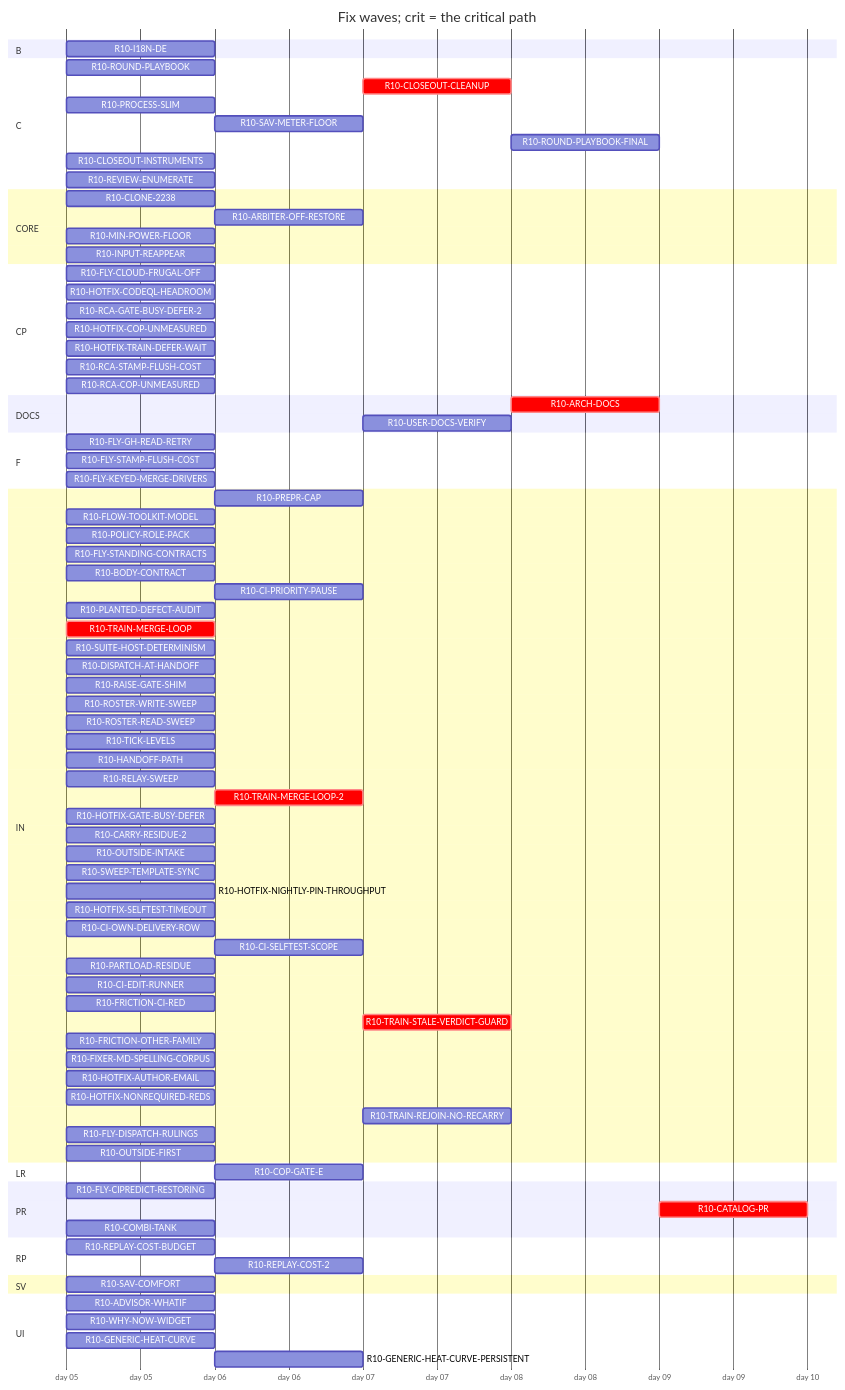
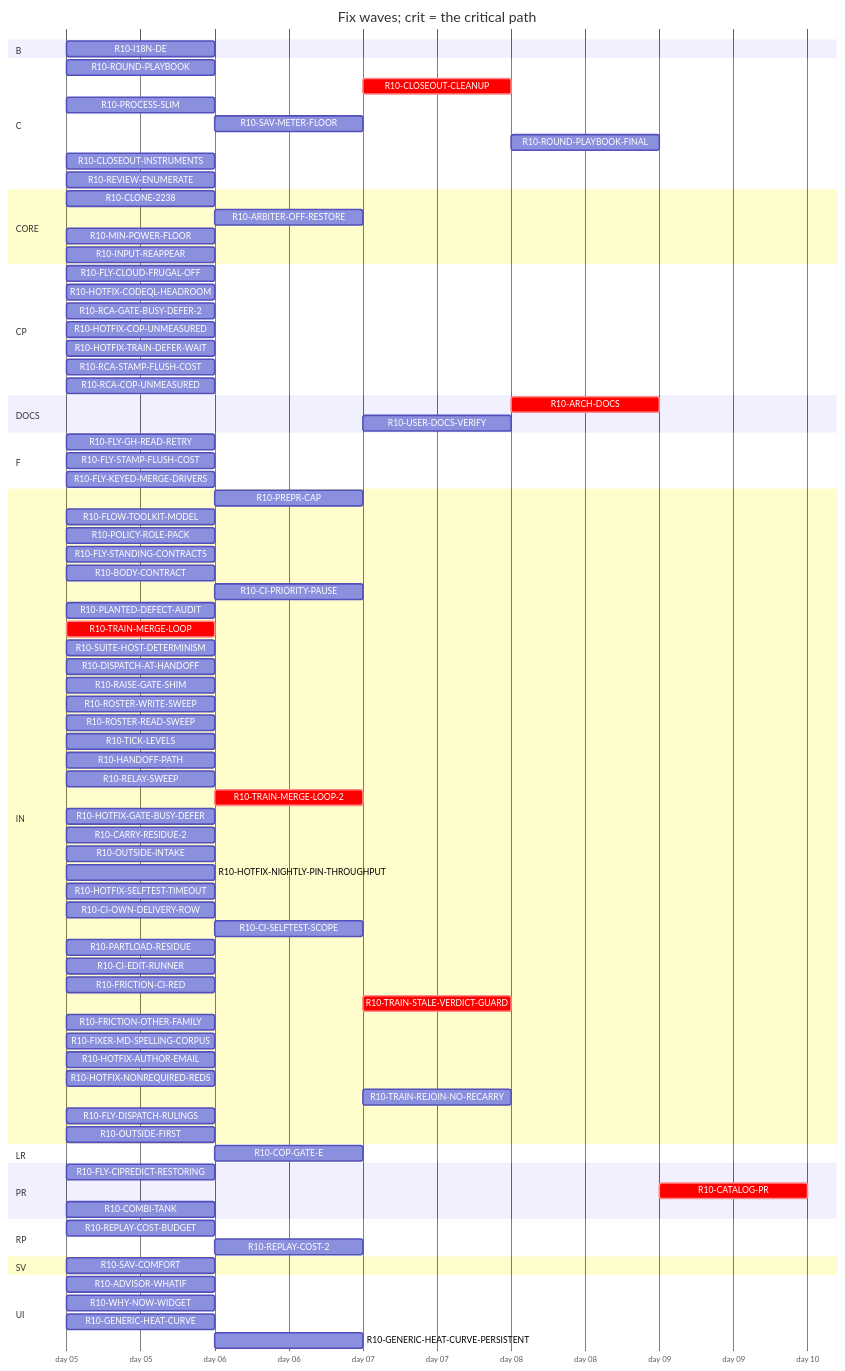
Before and after one commit to tvofi/heatpump_optimizer: the diagram in handoff/round10/state/PLAN-TABLE.md, drawn with Mermaid. The commit also changed other lines of this file and 3 other files, not shown here.

Commit message:
state: FLOW-BOARD.md, NEXT-SESSION-PROMPT.md, PLAN-TABLE.md, RESUME-CURRENT.md regenerated (state_docs.py)

```diff
--- a/handoff/round10/state/PLAN-TABLE.md
+++ b/handoff/round10/state/PLAN-TABLE.md
@@ -34,7 +34,7 @@
     R10-CLOSEOUT-CLEANUP :crit, r10CLOSEOUTCLEANUP, after r10ARCHDOCS r10USERDOCSVERIFY r10ROUNDPLAYBOOKFINAL r10CLOSEOUTINSTRUMENTS r10RCAGATEBUSYDEFER2 r10RCASTAMPFLUSHCOST r10RCACOPUNMEASURED r10FRICTIONCIRED r10FRICTIONOTHERFAMILY, 1d
     R10-PROCESS-SLIM :r10PROCESSSLIM, 2026-01-05, 1d
     R10-SAV-METER-FLOOR :r10SAVMETERFLOOR, after r10SAVCOMFORT, 1d
-    R10-ROUND-PLAYBOOK-FINAL :r10ROUNDPLAYBOOKFINAL, after r10PREPRCAP r10HANDOFFPATH r10RELAYSWEEP r10TRAINMERGELOOP r10DISPATCHATHANDOFF r10BODYCONTRACT r10TICKLEVELS r10CIPRIORITYPAUSE r10ROSTERWRITESWEEP r10ROSTERREADSWEEP r10FLYSTANDINGCONTRACTS r10POLICYROLEPACK r10FLOWTOOLKITMODEL r10FLYCIPREDICTRESTORING r10RAISEGATESHIM r10PLANTEDDEFECTAUDIT r10FLYGHREADRETRY r10SUITEHOSTDETERMINISM r10ROUNDPLAYBOOK r10PROCESSSLIM r10TRAINMERGELOOP2 r10HOTFIXGATEBUSYDEFER r10CARRYRESIDUE2 r10REPLAYCOST2 r10HOTFIXCODEQLHEADROOM r10OUTSIDEINTAKE r10SWEEPTEMPLATESYNC r10HOTFIXNIGHTLYPINTHROUGHPUT r10HOTFIXSELFTESTTIMEOUT r10FLYSTAMPFLUSHCOST r10HOTFIXTRAINDEFERWAIT r10CIOWNDELIVERYROW r10CISELFTESTSCOPE r10CIEDITRUNNER r10TRAINSTALEVERDICTGUARD r10CLOSEOUTINSTRUMENTS r10FRICTIONCIRED r10FRICTIONOTHERFAMILY r10FIXERMDSPELLINGCORPUS, 1d
+    R10-ROUND-PLAYBOOK-FINAL :r10ROUNDPLAYBOOKFINAL, after r10PREPRCAP r10HANDOFFPATH r10RELAYSWEEP r10TRAINMERGELOOP r10DISPATCHATHANDOFF r10BODYCONTRACT r10TICKLEVELS r10CIPRIORITYPAUSE r10ROSTERWRITESWEEP r10ROSTERREADSWEEP r10FLYSTANDINGCONTRACTS r10POLICYROLEPACK r10FLOWTOOLKITMODEL r10FLYCIPREDICTRESTORING r10RAISEGATESHIM r10PLANTEDDEFECTAUDIT r10FLYGHREADRETRY r10SUITEHOSTDETERMINISM r10ROUNDPLAYBOOK r10PROCESSSLIM r10TRAINMERGELOOP2 r10HOTFIXGATEBUSYDEFER r10CARRYRESIDUE2 r10REPLAYCOST2 r10HOTFIXCODEQLHEADROOM r10OUTSIDEINTAKE r10HOTFIXNIGHTLYPINTHROUGHPUT r10HOTFIXSELFTESTTIMEOUT r10FLYSTAMPFLUSHCOST r10HOTFIXTRAINDEFERWAIT r10CIOWNDELIVERYROW r10CISELFTESTSCOPE r10CIEDITRUNNER r10TRAINSTALEVERDICTGUARD r10CLOSEOUTINSTRUMENTS r10FRICTIONCIRED r10FRICTIONOTHERFAMILY r10FIXERMDSPELLINGCORPUS, 1d
     R10-CLOSEOUT-INSTRUMENTS :r10CLOSEOUTINSTRUMENTS, 2026-01-05, 1d
     R10-REVIEW-ENUMERATE :r10REVIEWENUMERATE, 2026-01-05, 1d
   section CORE
@@ -51,7 +51,7 @@
     R10-RCA-STAMP-FLUSH-COST :r10RCASTAMPFLUSHCOST, 2026-01-05, 1d
     R10-RCA-COP-UNMEASURED :r10RCACOPUNMEASURED, 2026-01-05, 1d
   section DOCS
-    R10-ARCH-DOCS :crit, r10ARCHDOCS, after r10CLONE2238 r10SAVCOMFORT r10WHYNOWWIDGET r10ADVISORWHATIF r10REPLAYCOSTBUDGET r10PREPRCAP r10HANDOFFPATH r10RELAYSWEEP r10TRAINMERGELOOP r10DISPATCHATHANDOFF r10BODYCONTRACT r10TICKLEVELS r10CIPRIORITYPAUSE r10ROSTERWRITESWEEP r10ROSTERREADSWEEP r10FLYSTANDINGCONTRACTS r10POLICYROLEPACK r10FLOWTOOLKITMODEL r10FLYCIPREDICTRESTORING r10RAISEGATESHIM r10PLANTEDDEFECTAUDIT r10FLYGHREADRETRY r10SUITEHOSTDETERMINISM r10PROCESSSLIM r10SAVMETERFLOOR r10HOTFIXCOPUNMEASURED r10COPGATEE r10PARTLOADRESIDUE r10I18NDE r10GENERICHEATCURVE r10GENERICHEATCURVEPERSISTENT r10ARBITEROFFRESTORE r10TRAINMERGELOOP2 r10HOTFIXGATEBUSYDEFER r10CARRYRESIDUE2 r10REPLAYCOST2 r10HOTFIXCODEQLHEADROOM r10OUTSIDEINTAKE r10SWEEPTEMPLATESYNC r10HOTFIXNIGHTLYPINTHROUGHPUT r10HOTFIXSELFTESTTIMEOUT r10FLYSTAMPFLUSHCOST r10HOTFIXTRAINDEFERWAIT r10CIOWNDELIVERYROW r10CISELFTESTSCOPE r10CIEDITRUNNER r10TRAINSTALEVERDICTGUARD r10COMBITANK r10CLOSEOUTINSTRUMENTS r10MINPOWERFLOOR r10ROUNDPLAYBOOK r10RCAGATEBUSYDEFER2 r10FRICTIONCIRED r10FRICTIONOTHERFAMILY r10RCASTAMPFLUSHCOST r10RCACOPUNMEASURED r10INPUTREAPPEAR, 1d
+    R10-ARCH-DOCS :crit, r10ARCHDOCS, after r10CLONE2238 r10SAVCOMFORT r10WHYNOWWIDGET r10ADVISORWHATIF r10REPLAYCOSTBUDGET r10PREPRCAP r10HANDOFFPATH r10RELAYSWEEP r10TRAINMERGELOOP r10DISPATCHATHANDOFF r10BODYCONTRACT r10TICKLEVELS r10CIPRIORITYPAUSE r10ROSTERWRITESWEEP r10ROSTERREADSWEEP r10FLYSTANDINGCONTRACTS r10POLICYROLEPACK r10FLOWTOOLKITMODEL r10FLYCIPREDICTRESTORING r10RAISEGATESHIM r10PLANTEDDEFECTAUDIT r10FLYGHREADRETRY r10SUITEHOSTDETERMINISM r10PROCESSSLIM r10SAVMETERFLOOR r10HOTFIXCOPUNMEASURED r10COPGATEE r10PARTLOADRESIDUE r10I18NDE r10GENERICHEATCURVE r10GENERICHEATCURVEPERSISTENT r10ARBITEROFFRESTORE r10TRAINMERGELOOP2 r10HOTFIXGATEBUSYDEFER r10CARRYRESIDUE2 r10REPLAYCOST2 r10HOTFIXCODEQLHEADROOM r10OUTSIDEINTAKE r10HOTFIXNIGHTLYPINTHROUGHPUT r10HOTFIXSELFTESTTIMEOUT r10FLYSTAMPFLUSHCOST r10HOTFIXTRAINDEFERWAIT r10CIOWNDELIVERYROW r10CISELFTESTSCOPE r10CIEDITRUNNER r10TRAINSTALEVERDICTGUARD r10COMBITANK r10CLOSEOUTINSTRUMENTS r10MINPOWERFLOOR r10ROUNDPLAYBOOK r10RCAGATEBUSYDEFER2 r10FRICTIONCIRED r10FRICTIONOTHERFAMILY r10RCASTAMPFLUSHCOST r10RCACOPUNMEASURED r10INPUTREAPPEAR, 1d
     R10-USER-DOCS-VERIFY :r10USERDOCSVERIFY, after r10CLONE2238 r10SAVCOMFORT r10WHYNOWWIDGET r10ADVISORWHATIF r10SAVMETERFLOOR r10HOTFIXCOPUNMEASURED r10COPGATEE r10PARTLOADRESIDUE r10I18NDE r10GENERICHEATCURVE r10GENERICHEATCURVEPERSISTENT r10ARBITEROFFRESTORE r10COMBITANK r10MINPOWERFLOOR r10INPUTREAPPEAR, 1d
   section F
     R10-FLY-GH-READ-RETRY :r10FLYGHREADRETRY, 2026-01-05, 1d
@@ -78,7 +78,6 @@
     R10-HOTFIX-GATE-BUSY-DEFER :r10HOTFIXGATEBUSYDEFER, 2026-01-05, 1d
     R10-CARRY-RESIDUE-2 :r10CARRYRESIDUE2, 2026-01-05, 1d
     R10-OUTSIDE-INTAKE :r10OUTSIDEINTAKE, 2026-01-05, 1d
-    R10-SWEEP-TEMPLATE-SYNC :r10SWEEPTEMPLATESYNC, 2026-01-05, 1d
     R10-HOTFIX-NIGHTLY-PIN-THROUGHPUT :r10HOTFIXNIGHTLYPINTHROUGHPUT, 2026-01-05, 1d
     R10-HOTFIX-SELFTEST-TIMEOUT :r10HOTFIXSELFTESTTIMEOUT, 2026-01-05, 1d
     R10-CI-OWN-DELIVERY-ROW :r10CIOWNDELIVERYROW, 2026-01-05, 1d
```
